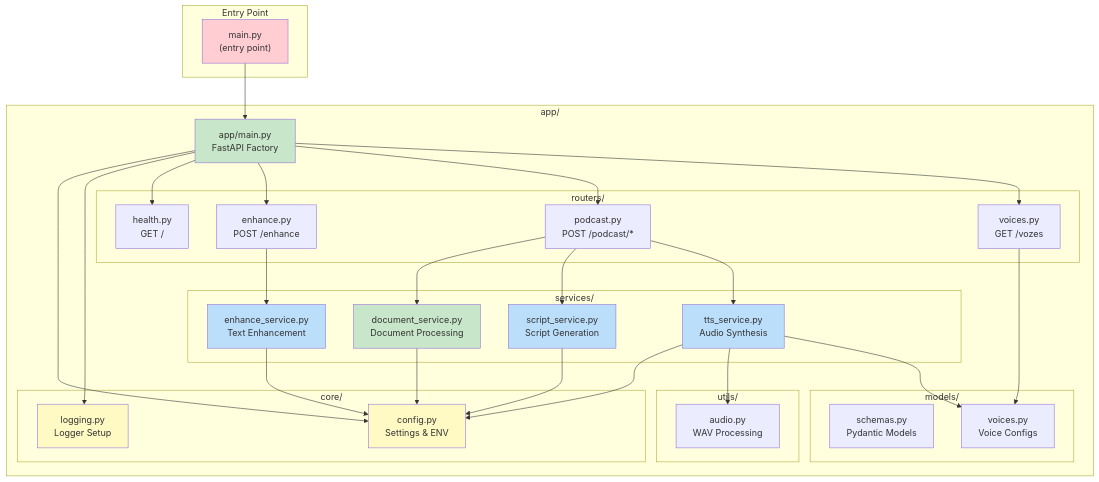
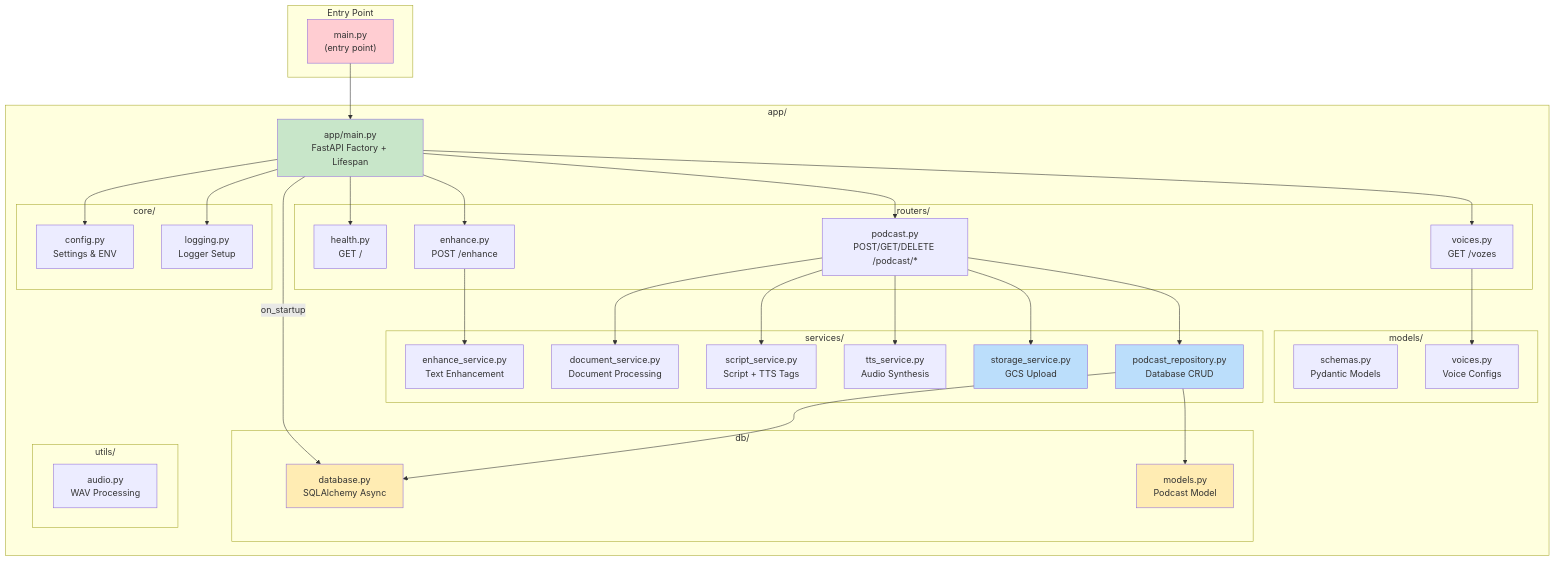
The second of 7 diagrams in README.md (Lucas-Salomao/podcast-api-tts), drawn with Mermaid before and after one commit. The commit also changed other lines of this file, not shown here.

Commit message:
docs: Update README to document the new GCP Cloud Storage and PostgreSQL persistence, along with updated features and architecture, replacing previous flow diagrams.

````diff
--- a/README.md
+++ b/README.md
@@ -100,69 +118,72 @@
 ```mermaid
 graph TD
     subgraph "Entry Point"
         MAIN["main.py<br/>(entry point)"]
     end
 
     subgraph "app/"
-        APP_MAIN["app/main.py<br/>FastAPI Factory"]
+        APP_MAIN["app/main.py<br/>FastAPI Factory + Lifespan"]
         
         subgraph "core/"
             CONFIG["config.py<br/>Settings & ENV"]
             LOGGING["logging.py<br/>Logger Setup"]
+        end
+        
+        subgraph "db/"
+            DATABASE["database.py<br/>SQLAlchemy Async"]
+            MODELS["models.py<br/>Podcast Model"]
         end
         
         subgraph "models/"
             SCHEMAS["schemas.py<br/>Pydantic Models"]
             VOICES["voices.py<br/>Voice Configs"]
         end
         
         subgraph "services/"
             DOCUMENT["document_service.py<br/>Document Processing"]
             ENHANCE["enhance_service.py<br/>Text Enhancement"]
-            SCRIPT["script_service.py<br/>Script Generation"]
+            SCRIPT["script_service.py<br/>Script + TTS Tags"]
             TTS["tts_service.py<br/>Audio Synthesis"]
+            STORAGE["storage_service.py<br/>GCS Upload"]
+            PODCAST_REPO["podcast_repository.py<br/>Database CRUD"]
         end
         
         subgraph "utils/"
             AUDIO["audio.py<br/>WAV Processing"]
         end
         
         subgraph "routers/"
             R_HEALTH["health.py<br/>GET /"]
             R_ENHANCE["enhance.py<br/>POST /enhance"]
-            R_PODCAST["podcast.py<br/>POST /podcast/*"]
+            R_PODCAST["podcast.py<br/>POST/GET/DELETE /podcast/*"]
             R_VOICES["voices.py<br/>GET /vozes"]
         end
     end
 
     MAIN --> APP_MAIN
     APP_MAIN --> CONFIG
     APP_MAIN --> LOGGING
+    APP_MAIN -->|"on_startup"| DATABASE
     APP_MAIN --> R_HEALTH
     APP_MAIN --> R_ENHANCE
     APP_MAIN --> R_PODCAST
     APP_MAIN --> R_VOICES
 
     R_ENHANCE --> ENHANCE
     R_PODCAST --> DOCUMENT
     R_PODCAST --> SCRIPT
     R_PODCAST --> TTS
+    R_PODCAST --> STORAGE
+    R_PODCAST --> PODCAST_REPO
     R_VOICES --> VOICES
-
-    DOCUMENT --> CONFIG
-    ENHANCE --> CONFIG
-    SCRIPT --> CONFIG
-    TTS --> CONFIG
-    TTS --> AUDIO
-    TTS --> VOICES
-
-    style DOCUMENT fill:#c8e6c9
+    
+    PODCAST_REPO --> DATABASE
+    PODCAST_REPO --> MODELS
 
     style MAIN fill:#ffcdd2
     style APP_MAIN fill:#c8e6c9
-    style CONFIG fill:#fff9c4
-    style LOGGING fill:#fff9c4
-    style ENHANCE fill:#bbdefb
-    style SCRIPT fill:#bbdefb
-    style TTS fill:#bbdefb
+    style DATABASE fill:#ffecb3
+    style MODELS fill:#ffecb3
+    style STORAGE fill:#bbdefb
+    style PODCAST_REPO fill:#bbdefb
 ```
````
